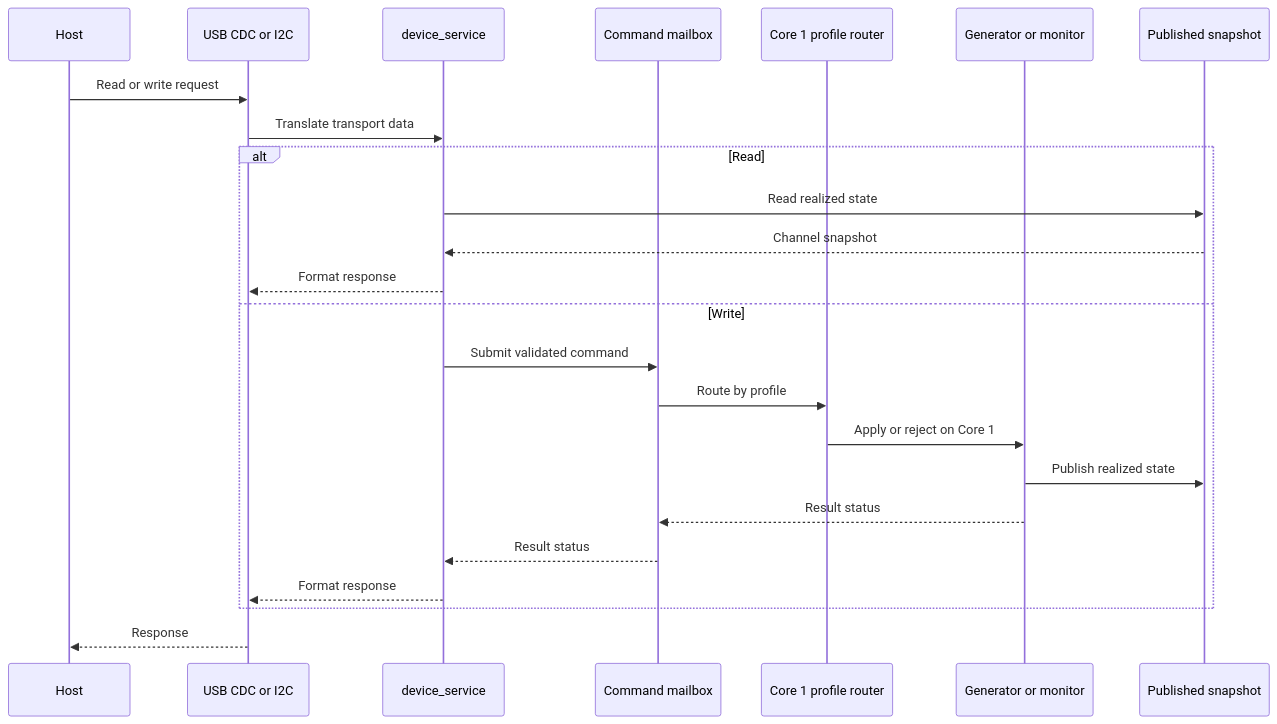
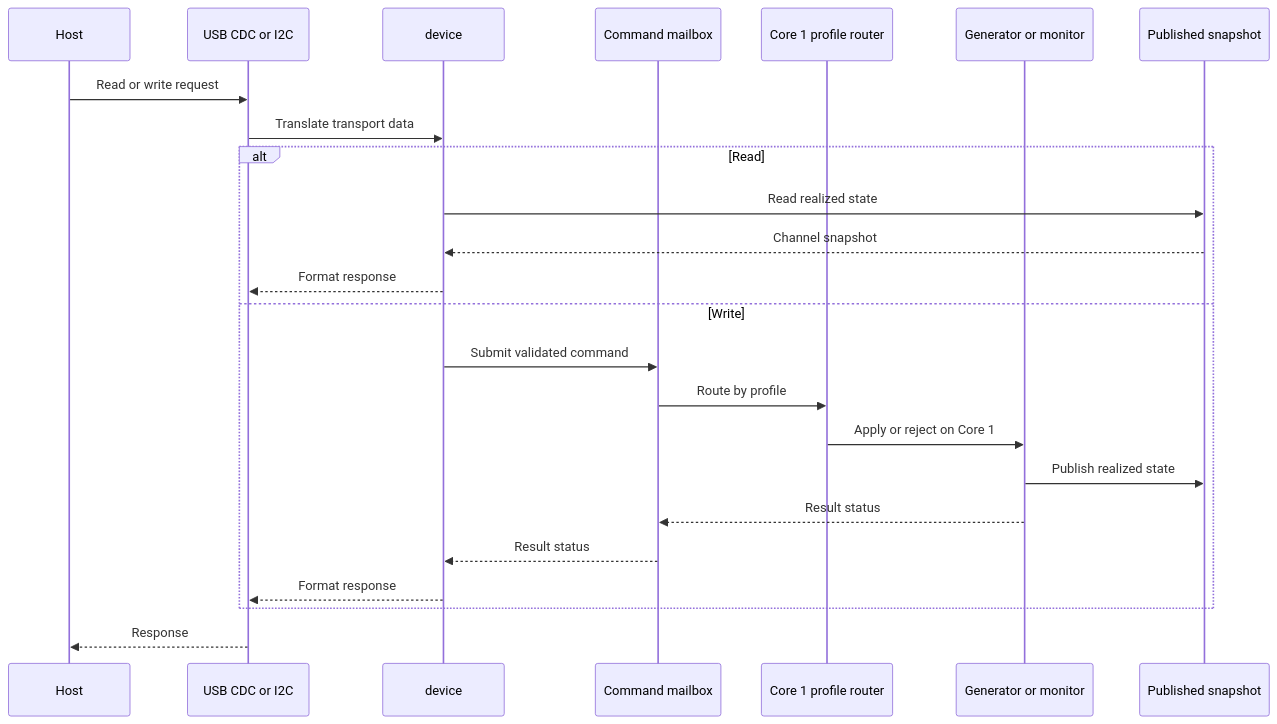
Before and after one commit to djwinter29-oss/PicoPWM: the second of 4 diagrams in docs/design/architecture.md, drawn with Mermaid. The commit also changed other lines of this file and 43 other files, not shown here.

````diff
--- a/docs/design/architecture.md
+++ b/docs/design/architecture.md
@@ -227,27 +218,27 @@
 ```mermaid
 sequenceDiagram
     participant Host
     participant Transport as USB CDC or I2C
-    participant Control as device_service
+    participant Control as device
     participant Mailbox as Command mailbox
     participant Router as Core 1 profile router
     participant Backend as Generator or monitor
     participant State as Published snapshot
 
     Host->>Transport: Read or write request
     Transport->>Control: Translate transport data
     alt Read
         Control->>State: Read realized state
         State-->>Control: Channel snapshot
         Control-->>Transport: Format response
     else Write
         Control->>Mailbox: Submit validated command
         Mailbox->>Router: Route by profile
         Router->>Backend: Apply or reject on Core 1
         Backend->>State: Publish realized state
         Backend-->>Mailbox: Result status
         Mailbox-->>Control: Result status
         Control-->>Transport: Format response
     end
     Transport-->>Host: Response
 ```
````
